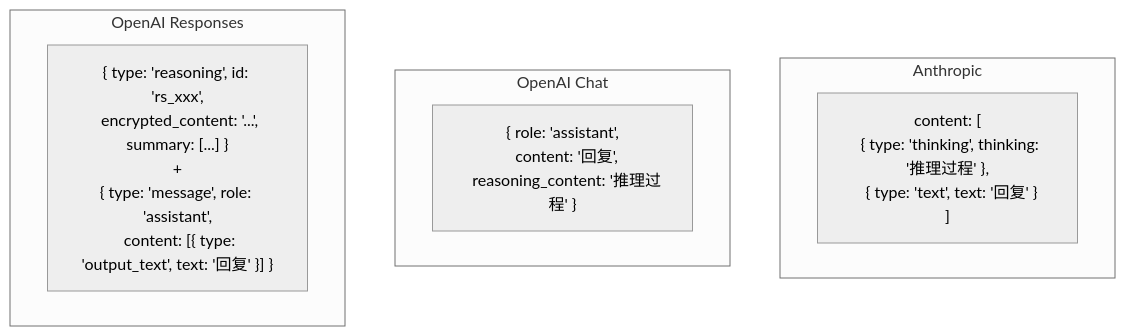
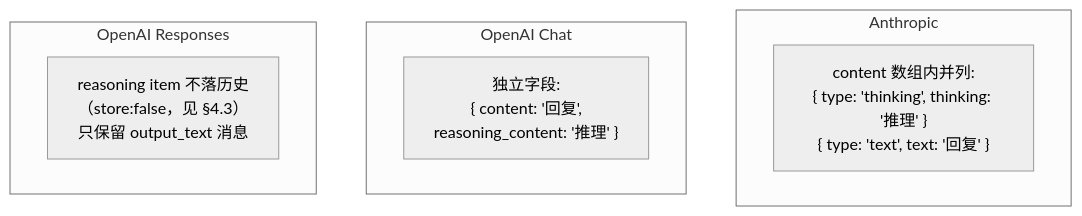
One commit to shiwenwen/hope-agent changed the seventh of 16 diagrams in docs/architecture/provider-system.md. Above: the diagram before and after it, drawn with Mermaid (neutral theme). The commit also changed other lines of this file and 2 other files, not shown here.

````diff
--- a/docs/architecture/provider-system.md
+++ b/docs/architecture/provider-system.md
@@ -467,12 +459,12 @@
 ```mermaid
 graph TB
   subgraph Anthropic
-    A["content: [<br/>  { type: 'thinking', thinking: '推理过程' },<br/>  { type: 'text', text: '回复' }<br/>]"]
+    A["content 数组内并列:<br/>{ type: 'thinking', thinking: '推理' }<br/>{ type: 'text', text: '回复' }"]
   end
   subgraph "OpenAI Chat"
-    B["{ role: 'assistant',<br/>  content: '回复',<br/>  reasoning_content: '推理过程' }"]
+    B["独立字段:<br/>{ content: '回复',<br/>  reasoning_content: '推理' }"]
   end
   subgraph "OpenAI Responses"
-    C["{ type: 'reasoning', id: 'rs_xxx',<br/>  encrypted_content: '...', summary: [...] }<br/>+<br/>{ type: 'message', role: 'assistant',<br/>  content: [{ type: 'output_text', text: '回复' }] }"]
+    C["reasoning item 不落历史<br/>（store:false，见 §4.3）<br/>只保留 output_text 消息"]
   end
 ```
````
